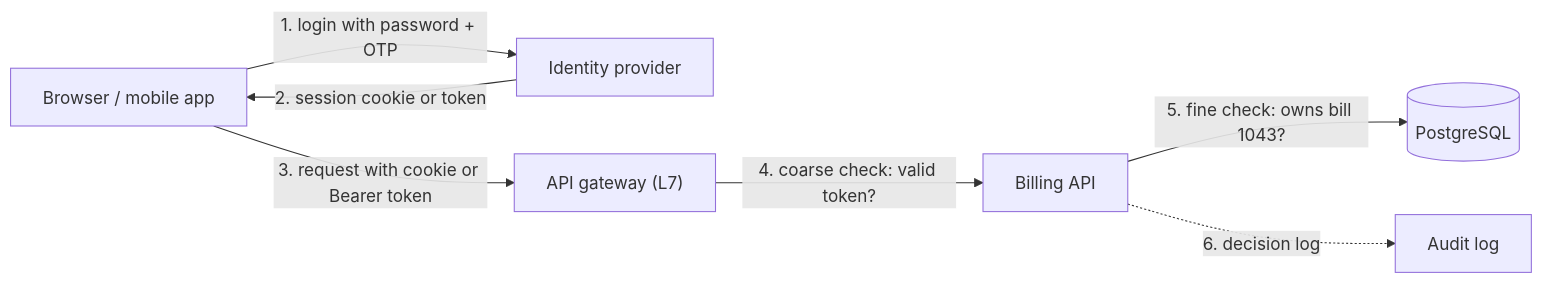
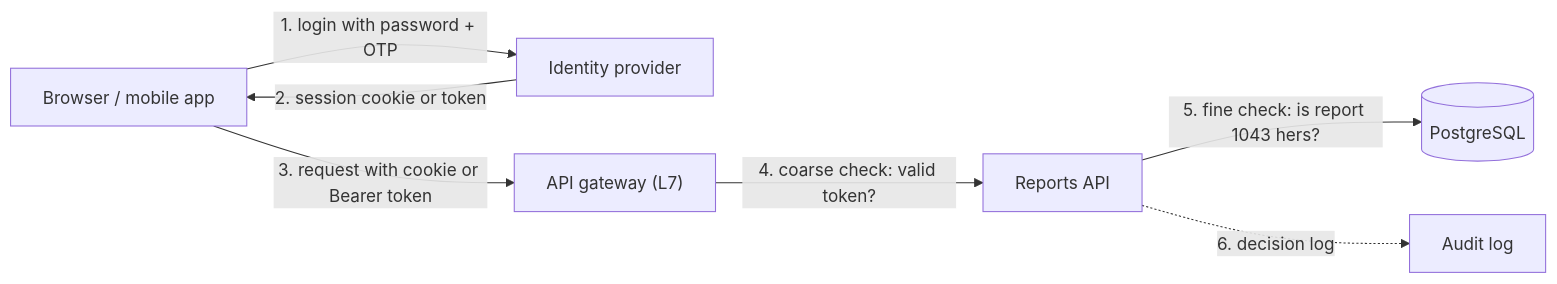
One commit to rizwi0786/system-design-lab changed the first of 2 diagrams in content/lessons/m14/m14-authn-vs-authz.md. Above: the diagram before and after it, drawn with Mermaid. The commit also changed other lines of this file and 334 other files, not shown here.

````diff
--- a/content/lessons/m14/m14-authn-vs-authz.md
+++ b/content/lessons/m14/m14-authn-vs-authz.md
@@ -154,9 +154,9 @@
 ```mermaid
 flowchart LR
     U["Browser / mobile app"] -->|"1. login with password + OTP"| IDP["Identity provider"]
     IDP -->|"2. session cookie or token"| U
     U -->|"3. request with cookie or Bearer token"| GW["API gateway (L7)"]
-    GW -->|"4. coarse check: valid token?"| API["Billing API"]
-    API -->|"5. fine check: owns bill 1043?"| DB[("PostgreSQL")]
+    GW -->|"4. coarse check: valid token?"| API["Reports API"]
+    API -->|"5. fine check: is report 1043 hers?"| DB[("PostgreSQL")]
     API -.->|"6. decision log"| AUD["Audit log"]
 ```
````
